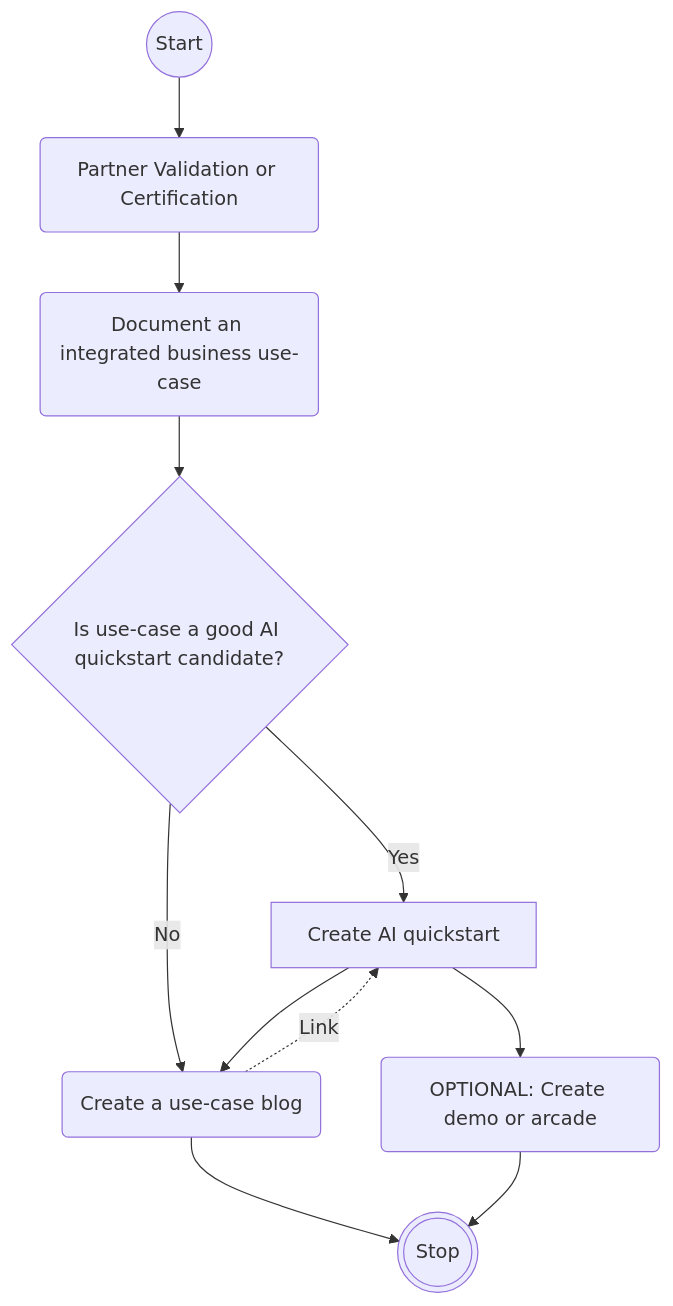
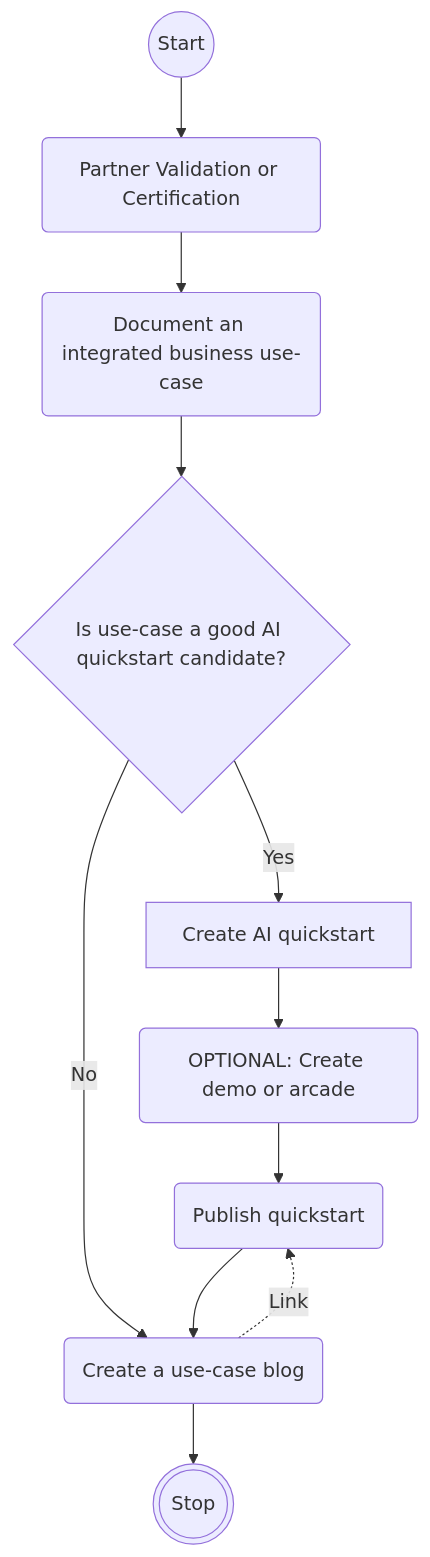
Before and after one commit to seanmerrow/homelab: the diagram in README.md, drawn with Mermaid.

Commit message:
Refine flowchart links and steps in README
Updated flowchart in README to clarify links and steps.

````diff
--- a/README.md
+++ b/README.md
@@ -3,13 +3,13 @@
 ```mermaid
 flowchart TD
     S@{ shape: circ, label: "Start" } -->A("Partner Validation or Certification")
     A -->B("Document an integrated business use-case ")
     B -->C{"Is use-case a good AI quickstart candidate?"}
     C -->|Yes| D["Create AI quickstart"]
-    C -->|No| E
-    D -->E("Create a use-case blog")
-    E -.->|Link| D
+    C -->|No| E("Create a use-case blog")
+    E -.->|Link| H
     D -->F("OPTIONAL: Create demo or arcade")
+    F -->H("Publish quickstart")
+    H -->E
     E -->G@{ shape: dbl-circ, label: "Stop" }
-    F -->G
 ```
````
